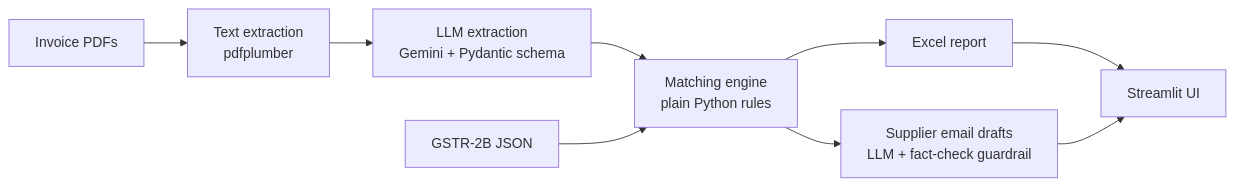
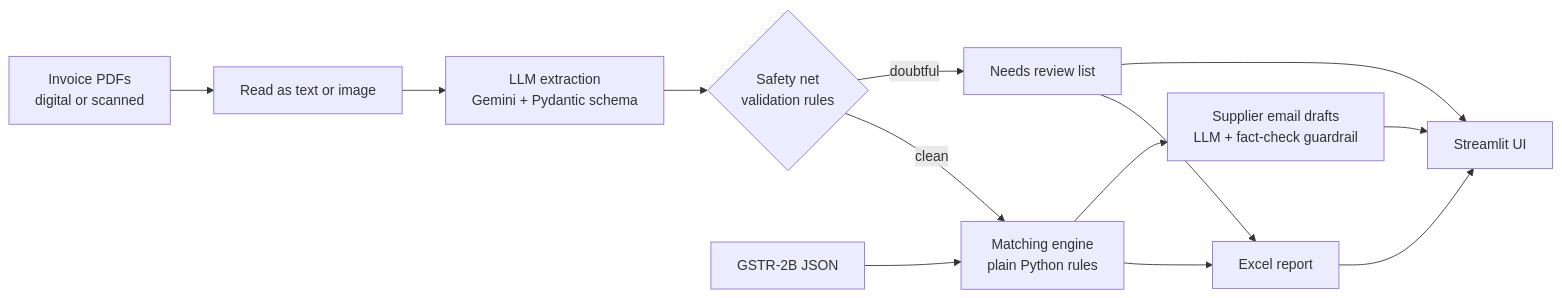
Before and after one commit to neilnakade/gst-recon-agent.: the diagram in README.md, drawn with Mermaid. The commit also changed other lines of this file and 34 other files, not shown here.

````diff
--- a/README.md
+++ b/README.md
@@ -25,11 +26,15 @@
 ```mermaid
 flowchart LR
-    A[Invoice PDFs] --> B[Text extraction<br/>pdfplumber]
+    A[Invoice PDFs<br/>digital or scanned] --> B[Read as text or image]
     B --> C[LLM extraction<br/>Gemini + Pydantic schema]
-    C --> D[Matching engine<br/>plain Python rules]
+    C --> V{"Safety net<br/>validation rules"}
+    V -->|clean| D[Matching engine<br/>plain Python rules]
+    V -->|doubtful| R[Needs review list]
     E[GSTR-2B JSON] --> D
     D --> F[Excel report]
     D --> G[Supplier email drafts<br/>LLM + fact-check guardrail]
+    R --> F
     F --> H[Streamlit UI]
     G --> H
+    R --> H
 ```
````
